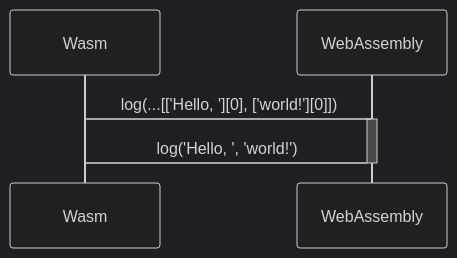
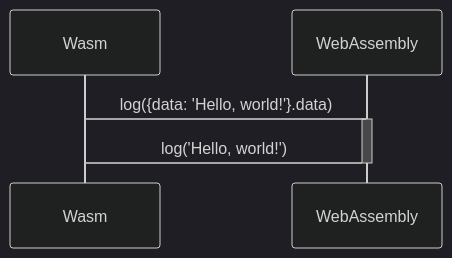
The fifth of 6 diagrams in README.md (domrally/peekeasy), drawn with Mermaid (dark theme) before and after one commit. The commit also changed other lines of this file, not shown here.

````diff
--- a/README.md
+++ b/README.md
@@ -145,7 +145,7 @@
 ```mermaid
 sequenceDiagram
-    Wasm->WebAssembly: log(...[['Hello, '][0], ['world!'][0]])
+    Wasm->WebAssembly: log({data: 'Hello, world!'}.data)
     activate WebAssembly
-    WebAssembly->Wasm: log('Hello, ', 'world!')
+    WebAssembly->Wasm: log('Hello, world!')
     deactivate WebAssembly
 ```
````
